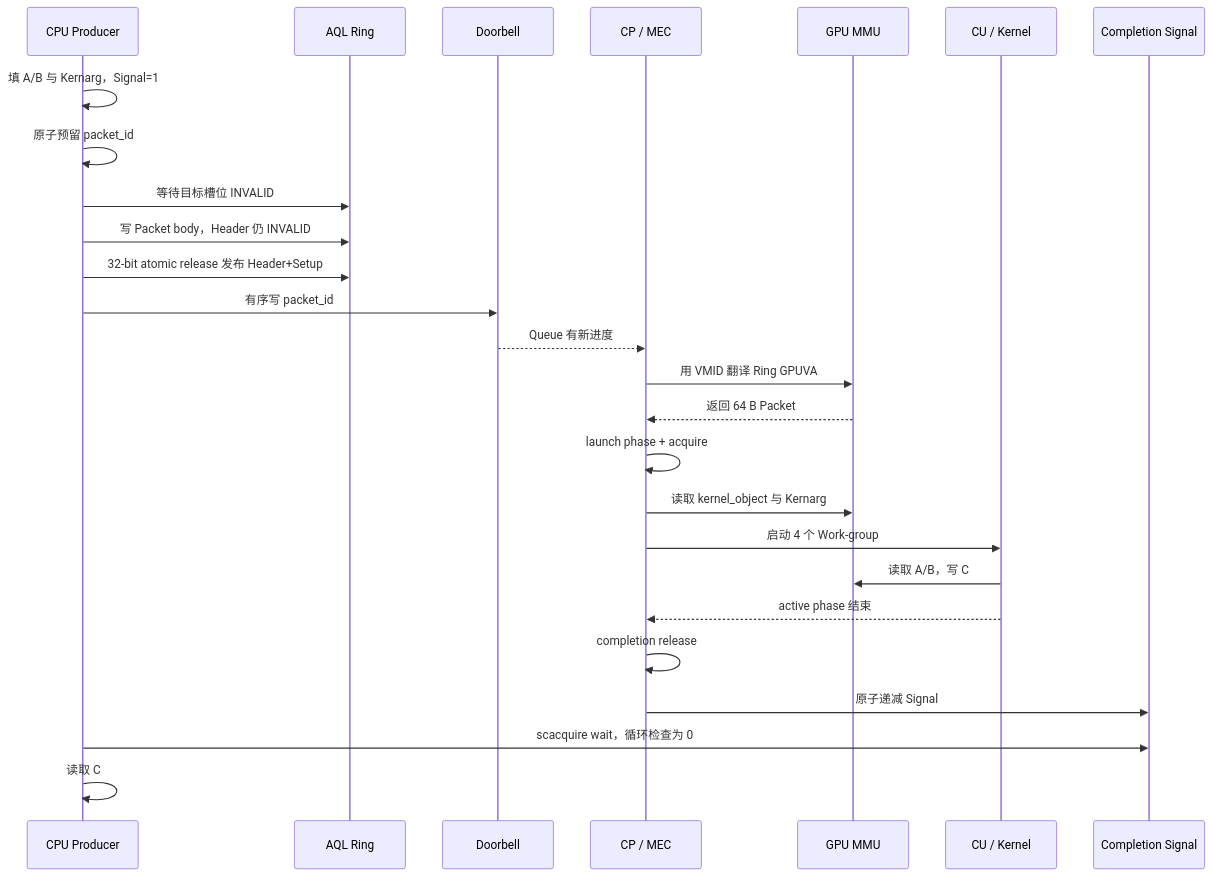
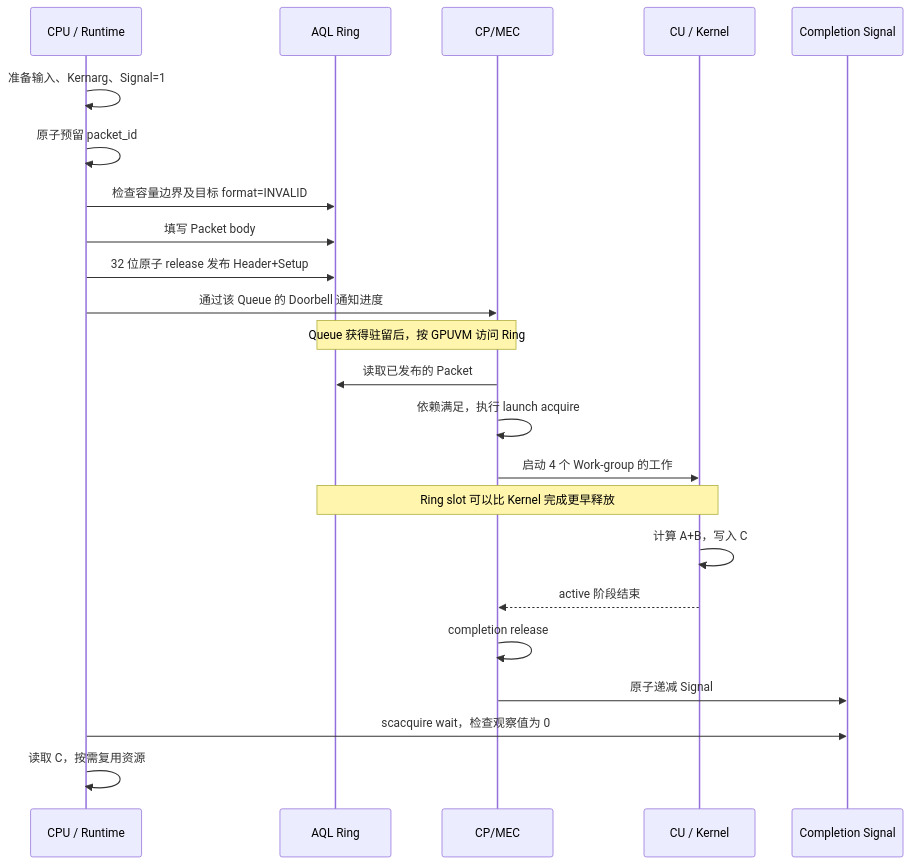
Diagram 12 of 13 in 03_AMD GPU 队列与 AQL Dispatch.md (hxfei-git/gpu-study), drawn with Mermaid before and after one commit. The commit also changed other lines of this file and 1 other file, not shown here.

Commit message:
docs(queue): streamline dispatch chapters and knowledge lookup

````diff
--- a/03_AMD GPU 队列与 AQL Dispatch.md
+++ b/03_AMD GPU 队列与 AQL Dispatch.md
@@ -4490,29 +3644,25 @@
 ```mermaid
 sequenceDiagram
-    participant CPU as CPU Producer
+    participant U as CPU / Runtime
     participant R as AQL Ring
-    participant DB as Doorbell
-    participant PP as CP / MEC
-    participant MMU as GPU MMU
-    participant CU as CU / Kernel
+    participant P as CP/MEC
+    participant K as CU / Kernel
     participant S as Completion Signal
-
-    CPU->>CPU: 填 A/B 与 Kernarg，Signal=1
-    CPU->>CPU: 原子预留 packet_id
-    CPU->>R: 等待目标槽位 INVALID
-    CPU->>R: 写 Packet body，Header 仍 INVALID
-    CPU->>R: 32-bit atomic release 发布 Header+Setup
-    CPU->>DB: 有序写 packet_id
-    DB-->>PP: Queue 有新进度
-    PP->>MMU: 用 VMID 翻译 Ring GPUVA
-    MMU-->>PP: 返回 64 B Packet
-    PP->>PP: launch phase + acquire
-    PP->>MMU: 读取 kernel_object 与 Kernarg
-    PP->>CU: 启动 4 个 Work-group
-    CU->>MMU: 读取 A/B，写 C
-    CU-->>PP: active phase 结束
-    PP->>PP: completion release
-    PP->>S: 原子递减 Signal
-    CPU->>S: scacquire wait，循环检查为 0
-    CPU->>CPU: 读取 C
+    U->>U: 准备输入、Kernarg、Signal=1
+    U->>U: 原子预留 packet_id
+    U->>R: 检查容量边界及目标 format=INVALID
+    U->>R: 填写 Packet body
+    U->>R: 32 位原子 release 发布 Header+Setup
+    U->>P: 通过该 Queue 的 Doorbell 通知进度
+    Note over R,P: Queue 获得驻留后，按 GPUVM 访问 Ring
+    P->>R: 读取已发布的 Packet
+    P->>P: 依赖满足，执行 launch acquire
+    P->>K: 启动 4 个 Work-group 的工作
+    Note over R,K: Ring slot 可以比 Kernel 完成更早释放
+    K->>K: 计算 A+B，写入 C
+    K-->>P: active 阶段结束
+    P->>P: completion release
+    P->>S: 原子递减 Signal
+    U->>S: scacquire wait，检查观察值为 0
+    U->>U: 读取 C，按需复用资源
 ```
````
